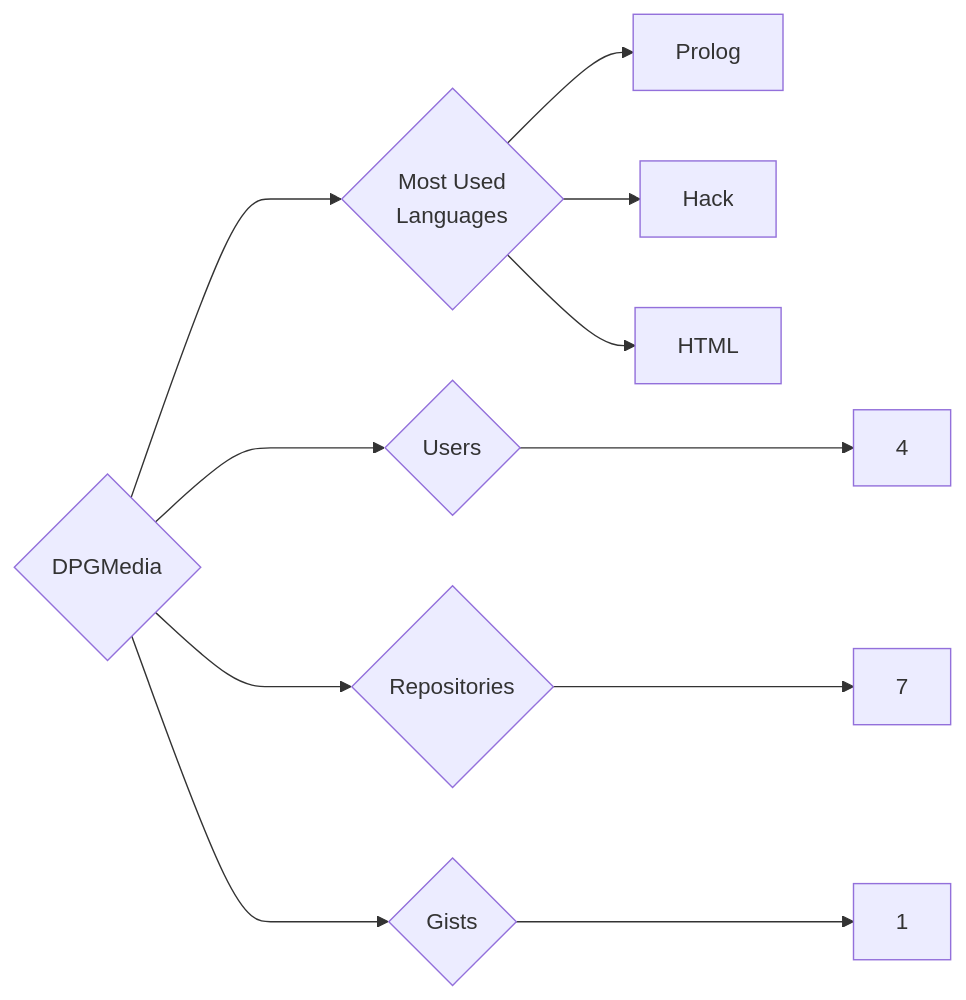
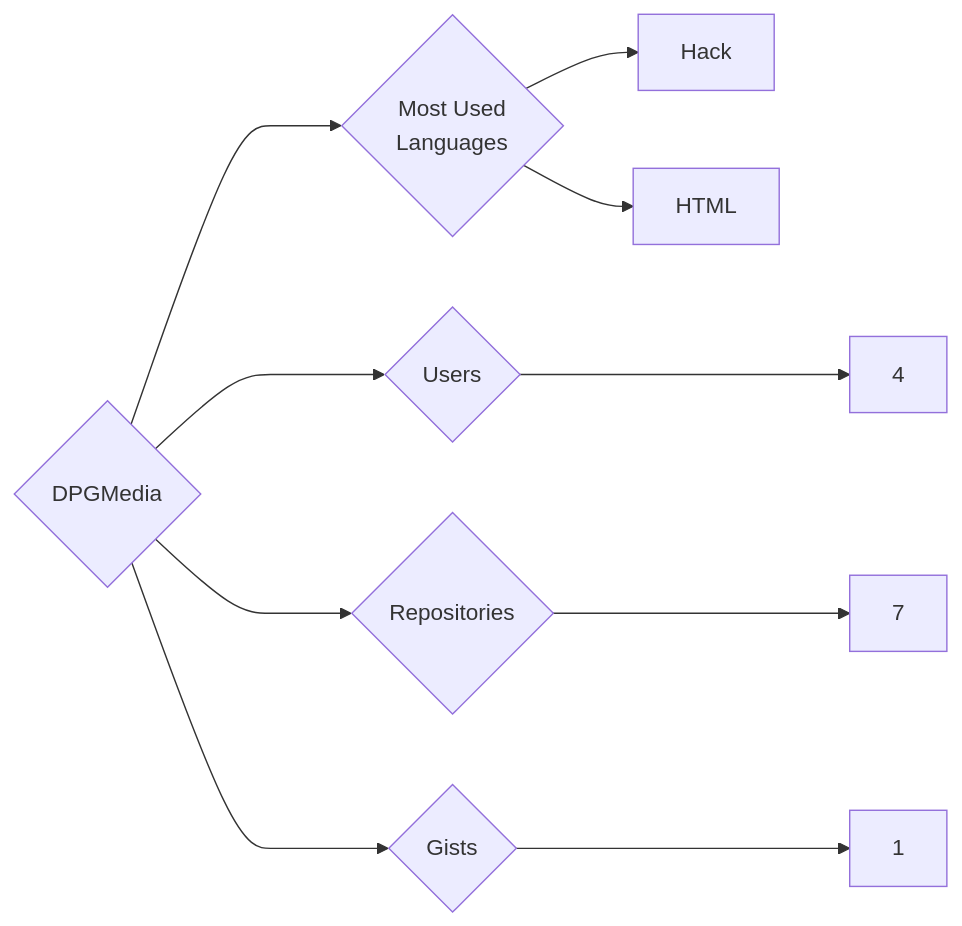
One commit to trickest/insiders changed the diagram in targets/DPGMedia/README.md. Above: the diagram before and after it, drawn with Mermaid. The commit also changed 1175 other files, not shown here.

````diff
--- a/targets/DPGMedia/README.md
+++ b/targets/DPGMedia/README.md
@@ -3,11 +3,10 @@
 ```mermaid
 graph LR
 COMPANY_NAME{DPGMedia}
 COMPANY_NAME ---> U{Users} ---> UN[4]
 COMPANY_NAME ---> R{Repositories} ---> RN[7]
 COMPANY_NAME ---> G{Gists} ---> GN[1]
 COMPANY_NAME ---> ML{Most Used<br>Languages}
-ML --> Prolog[Prolog]
 ML --> Hack[Hack]
 ML --> HTML[HTML]
 ```
````
